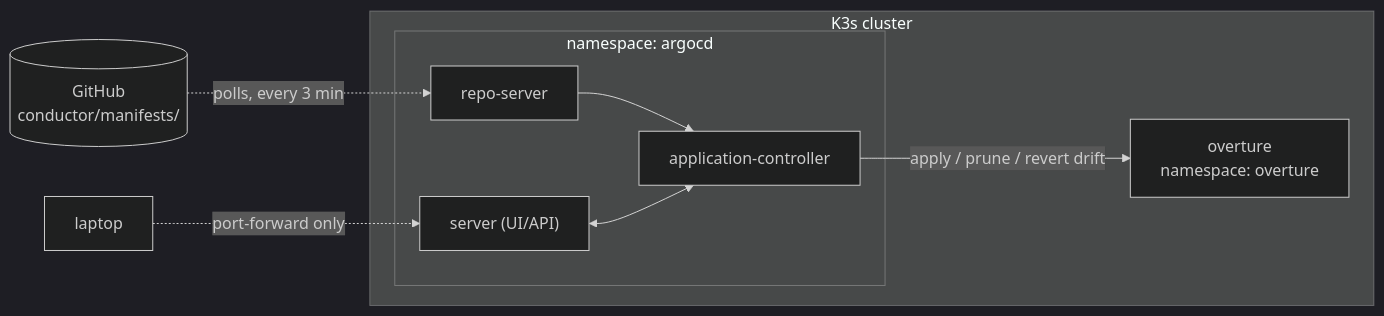
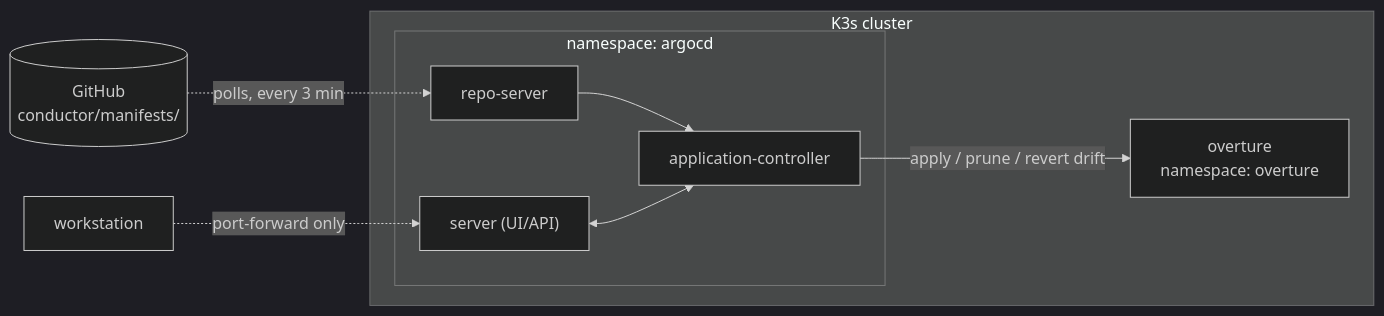
One commit to iagorp6/ensemble changed the fourth of 6 diagrams in docs/architecture.md. Above: the diagram before and after it, drawn with Mermaid (dark theme). The commit also changed other lines of this file and 4 other files, not shown here.

````diff
--- a/docs/architecture.md
+++ b/docs/architecture.md
@@ -363,21 +363,21 @@
 ```mermaid
 flowchart LR
     git[("GitHub<br/>conductor/manifests/")]
 
     subgraph cluster["K3s cluster"]
         subgraph argons["namespace: argocd"]
             repo["repo-server"]
             ctrl["application-controller"]
             api["server (UI/API)"]
         end
         app["overture<br/>namespace: overture"]
     end
 
-    laptop["laptop"]
+    workstation["workstation"]
 
     git -. "polls, every 3 min" .-> repo
     repo --> ctrl
     ctrl -- "apply / prune / revert drift" --> app
     api <--> ctrl
-    laptop -. "port-forward only" .-> api
+    workstation -. "port-forward only" .-> api
 ```
````
